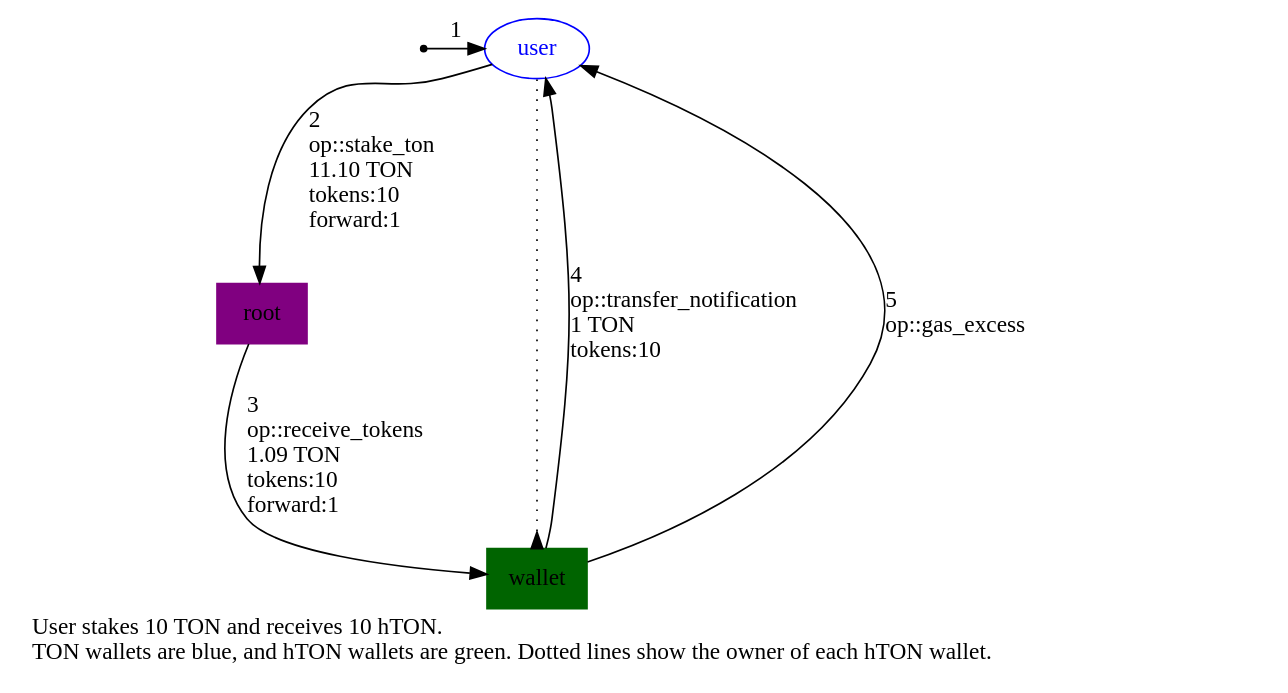
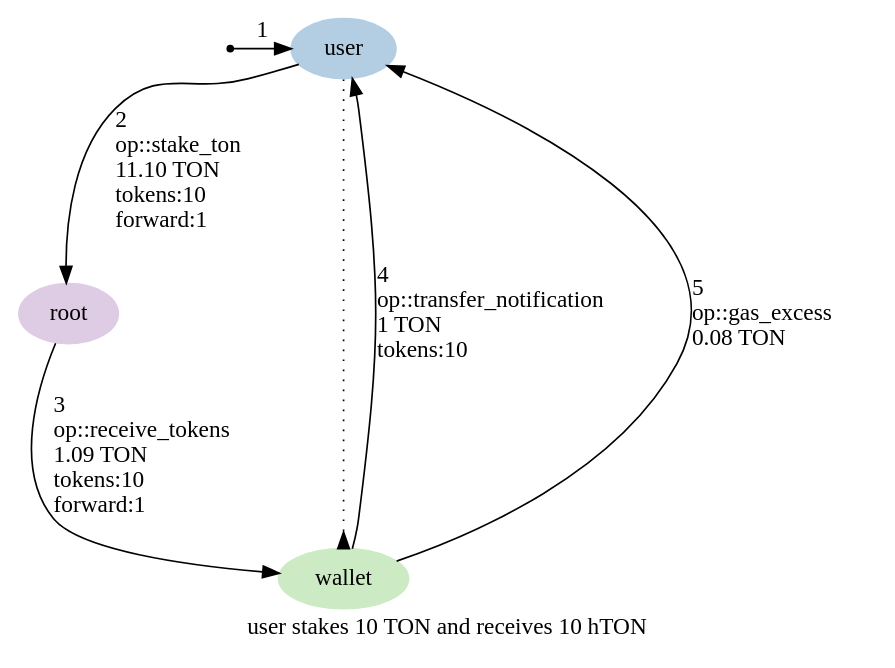
The diagram in graphs/01-stake-ton-self.dot (HipoFinance/contract), drawn with Graphviz before and after one commit. The commit also changed 4 other files, not shown here.

Commit message:
Add graph for withdraw

```diff
--- a/graphs/01-stake-ton-self.dot
+++ b/graphs/01-stake-ton-self.dot
@@ -1,22 +1,22 @@
 digraph {
-    label="User stakes 10 TON and receives 10 hTON.\l TON wallets are blue, and hTON wallets are green. Dotted lines show the owner of each hTON wallet.\l"
-    splines=spline
+    label="user stakes 10 TON and receives 10 hTON"
+    node [ colorscheme=pastel19 style=filled ]
 
     /* Entities */
     external [ shape=point ]
-    user [ shape=oval color=blue fontcolor=blue ]
-    root [ shape=box color=purple style=filled ]
-    wallet [ shape=box color=darkgreen style=filled ]
+    user [ color=2 ]
+    root [ color=4 ]
+    wallet [ color=3 ]
 
     /* Relationships */
-    external -> user [ label=1 ]
+    external -> user [ label="1" ]
     user -> root [ label="2\l op::stake_ton\l 11.10 TON\l tokens:10\l forward:1\l" ]
     root -> wallet [ label="3\l op::receive_tokens\l 1.09 TON\l tokens:10\l forward:1\l" ]
     user -> wallet [ arrowhead=inv style=dotted ]
     wallet -> user [ label="4\l op::transfer_notification\l 1 TON\l tokens:10\l" ]
-    wallet -> user [ label="5\l op::gas_excess\l" ]
+    wallet -> user [ label="5\l op::gas_excess\l 0.08 TON\l" ]
 
     /* Ranks */
     { rank=min external user }
     { rank=max wallet }
 }
```
